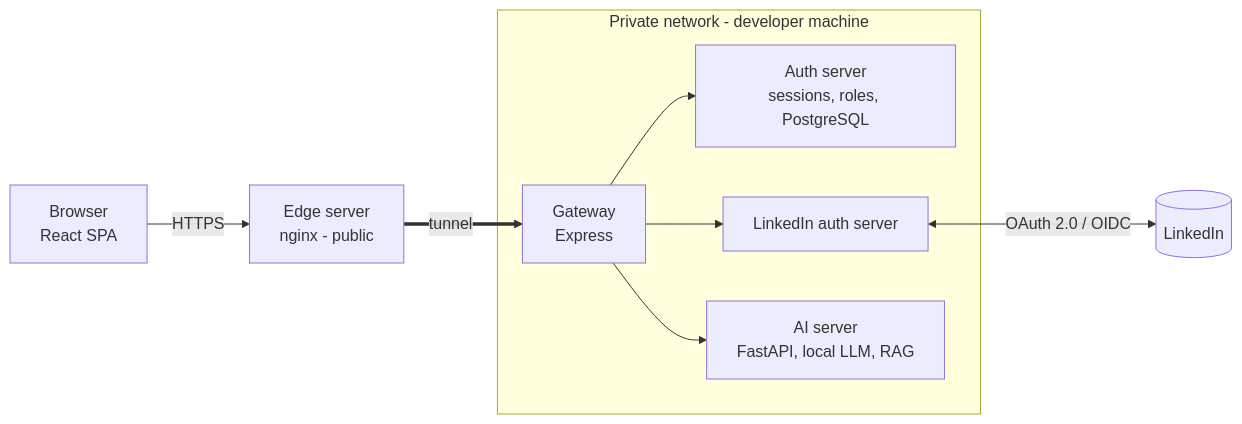
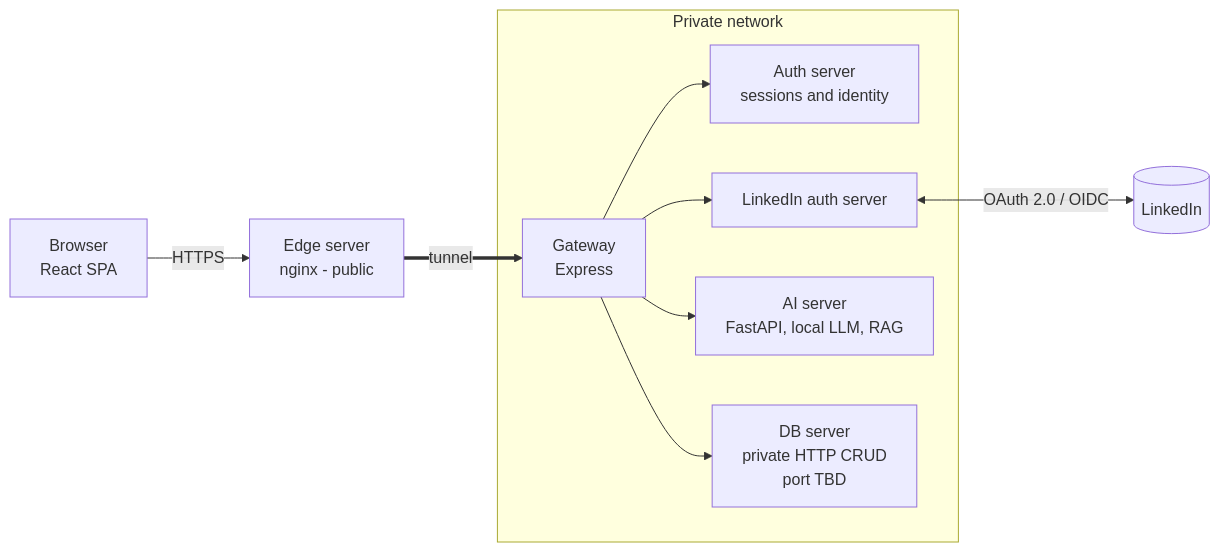
Before and after one commit to abt-bara/LinkedIn-Profile-Rating: the second of 2 diagrams in docs/overview.md, drawn with Mermaid. The commit also changed other lines of this file and 11 other files, not shown here.

````diff
--- a/docs/overview.md
+++ b/docs/overview.md
@@ -28,12 +28,13 @@
 ```mermaid
 flowchart LR
   U[Browser<br/>React SPA] -->|HTTPS| E[Edge server<br/>nginx - public]
   E ==>|tunnel| G
-  subgraph P[Private network - developer machine]
+  subgraph P[Private network]
     G[Gateway<br/>Express]
-    G --> A[Auth server<br/>sessions, roles, PostgreSQL]
+    G --> A[Auth server<br/>sessions and identity]
     G --> L[LinkedIn auth server]
     G --> AI[AI server<br/>FastAPI, local LLM, RAG]
+    G --> DB[DB server<br/>private HTTP CRUD<br/>port TBD]
   end
   L <-->|OAuth 2.0 / OIDC| LI[(LinkedIn)]
 ```
````
